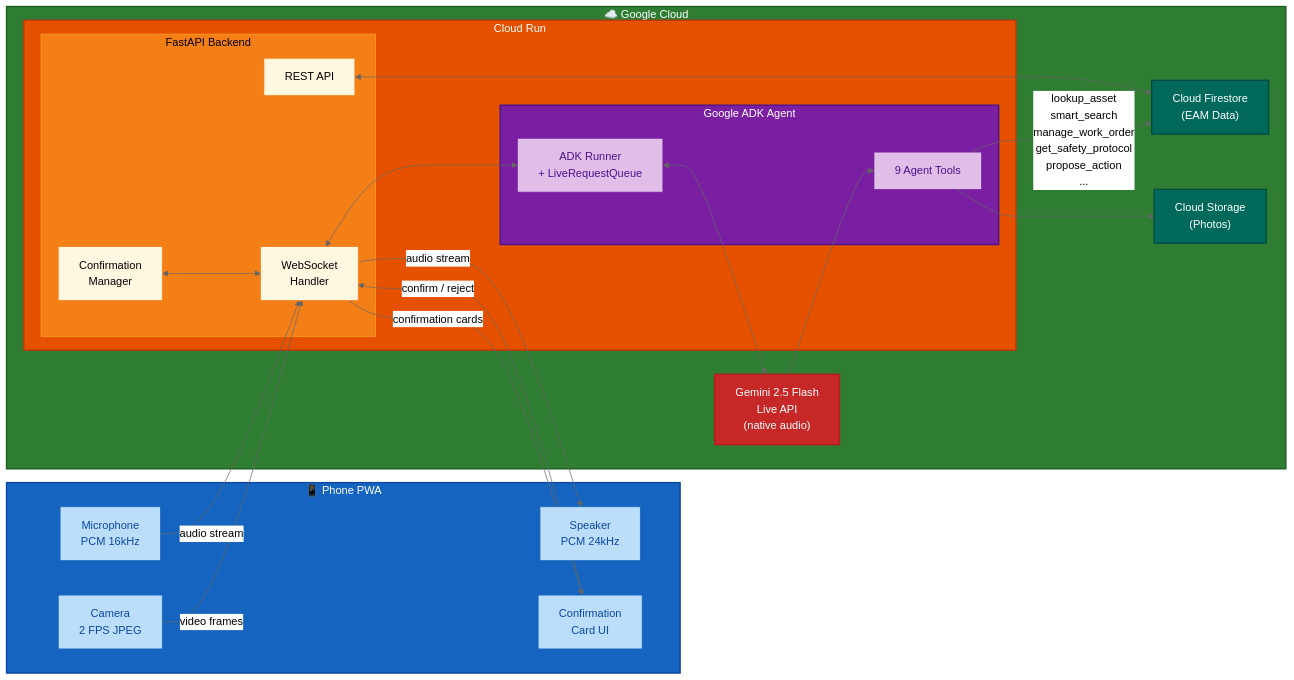
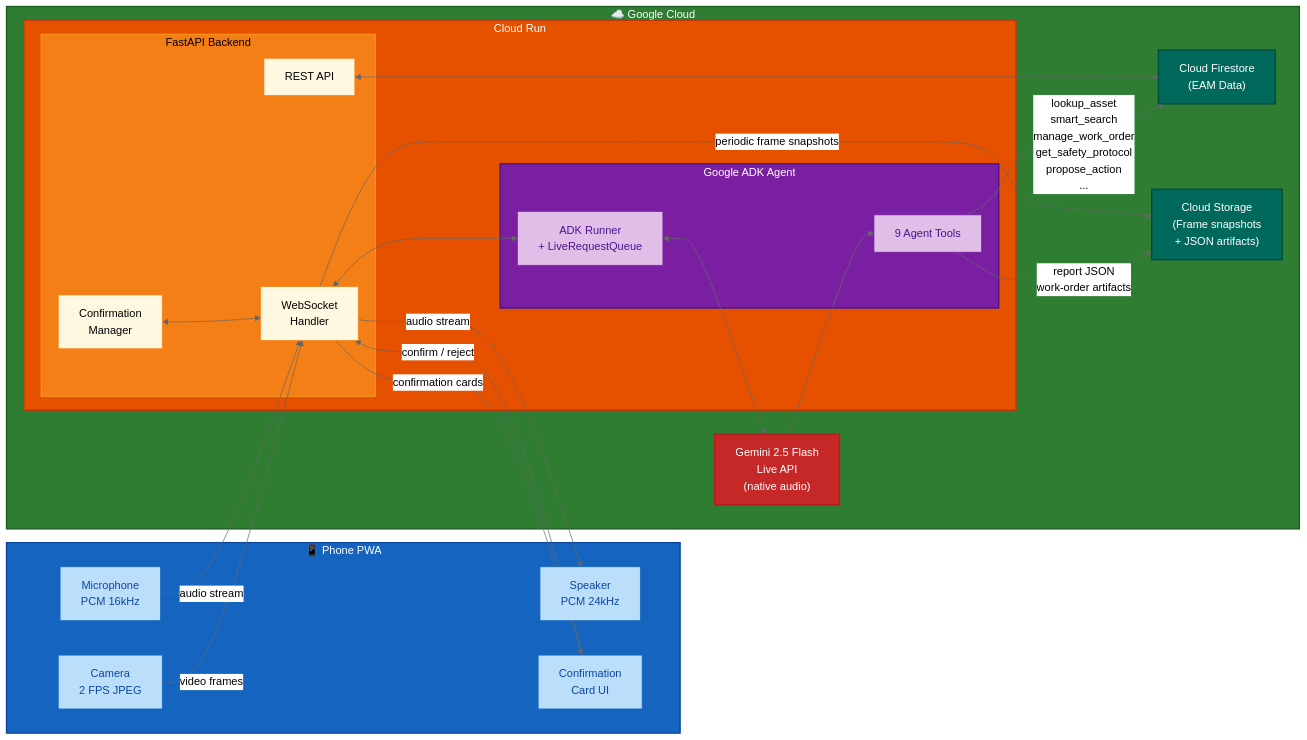
Before and after one commit to sahaavi/Maintenance-Eye: the diagram in docs/architecture.md, drawn with Mermaid (neutral theme). The commit also changed 10 other files, not shown here.

````diff
--- a/docs/architecture.md
+++ b/docs/architecture.md
@@ -5,64 +5,65 @@
 ```mermaid
 flowchart LR
     subgraph CLIENT["📱 Phone PWA"]
         CAM["Camera<br/>2 FPS JPEG"]
         MIC["Microphone<br/>PCM 16kHz"]
         SPK["Speaker<br/>PCM 24kHz"]
         UI["Confirmation<br/>Card UI"]
     end
 
     subgraph GCP["☁️ Google Cloud"]
         subgraph CR["Cloud Run"]
             subgraph BACKEND["FastAPI Backend"]
                 WS["WebSocket<br/>Handler"]
                 REST["REST API"]
                 CM["Confirmation<br/>Manager"]
             end
 
             subgraph ADK["Google ADK Agent"]
                 RUNNER["ADK Runner<br/>+ LiveRequestQueue"]
                 TOOLS["9 Agent Tools"]
             end
         end
 
         GEMINI["Gemini 2.5 Flash<br/>Live API<br/>(native audio)"]
         FS["Cloud Firestore<br/>(EAM Data)"]
-        GCS["Cloud Storage<br/>(Photos)"]
+        GCS["Cloud Storage<br/>(Frame snapshots<br/>+ JSON artifacts)"]
     end
 
     CAM -- "video frames" --> WS
     MIC -- "audio stream" --> WS
     WS -- "audio stream" --> SPK
     WS -- "confirmation cards" --> UI
     UI -- "confirm / reject" --> WS
 
     WS <--> RUNNER
     RUNNER <--> GEMINI
     GEMINI --> TOOLS
 
     TOOLS --> |"lookup_asset<br/>smart_search<br/>manage_work_order<br/>get_safety_protocol<br/>propose_action<br/>..."| FS
-    TOOLS --> GCS
+    TOOLS --> |"report JSON<br/>work-order artifacts"| GCS
+    WS --> |"periodic frame snapshots"| GCS
     REST <--> FS
     CM <--> WS
 
     style CLIENT fill:#1565C0,stroke:#0D47A1,stroke-width:2px,color:#FFFFFF
     style GCP fill:#2E7D32,stroke:#1B5E20,stroke-width:2px,color:#FFFFFF
     style CR fill:#E65100,stroke:#BF360C,stroke-width:2px,color:#FFFFFF
     style BACKEND fill:#F57F17,stroke:#F9A825,stroke-width:1px,color:#000000
     style ADK fill:#7B1FA2,stroke:#4A148C,stroke-width:2px,color:#FFFFFF
     style GEMINI fill:#C62828,stroke:#B71C1C,stroke-width:2px,color:#FFFFFF
     style FS fill:#00695C,stroke:#004D40,stroke-width:2px,color:#FFFFFF
     style GCS fill:#00695C,stroke:#004D40,stroke-width:2px,color:#FFFFFF
 
     style CAM fill:#BBDEFB,stroke:#1565C0,stroke-width:1px,color:#0D47A1
     style MIC fill:#BBDEFB,stroke:#1565C0,stroke-width:1px,color:#0D47A1
     style SPK fill:#BBDEFB,stroke:#1565C0,stroke-width:1px,color:#0D47A1
     style UI fill:#BBDEFB,stroke:#1565C0,stroke-width:1px,color:#0D47A1
 
     style WS fill:#FFF8E1,stroke:#F57F17,stroke-width:1px,color:#000000
     style REST fill:#FFF8E1,stroke:#F57F17,stroke-width:1px,color:#000000
     style CM fill:#FFF8E1,stroke:#F57F17,stroke-width:1px,color:#000000
 
     style RUNNER fill:#E1BEE7,stroke:#7B1FA2,stroke-width:1px,color:#4A148C
     style TOOLS fill:#E1BEE7,stroke:#7B1FA2,stroke-width:1px,color:#4A148C
 ```
````
